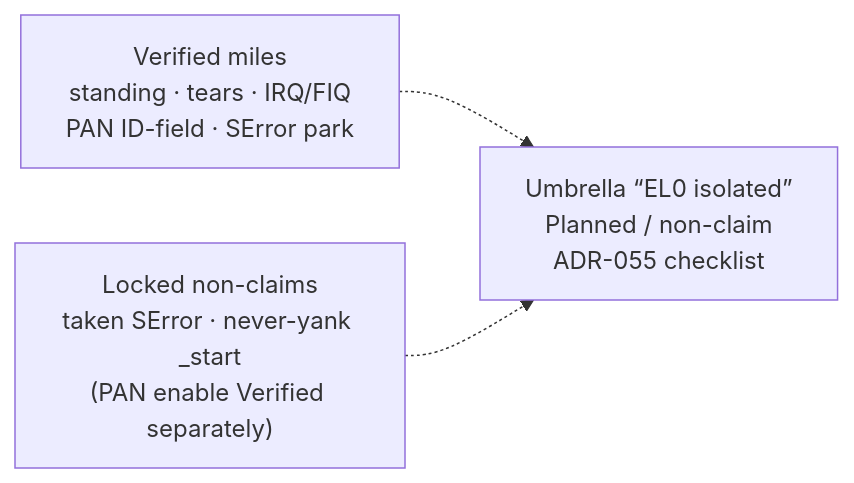
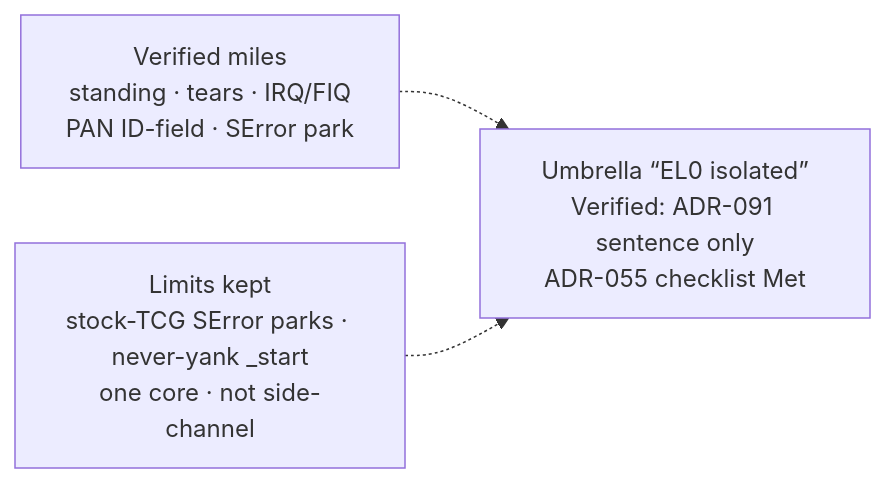
Before and after one commit to artofdream/ctos: the second of 2 diagrams in docs/framework/el0.md, drawn with Mermaid. The commit also changed other lines of this file and 39 other files, not shown here.

First line of the commit message:
﻿docs: M6 "EL0 isolated" flip - ADR-091 Accepted (B3 met), threat model v1.70

````diff
--- a/docs/framework/el0.md
+++ b/docs/framework/el0.md
@@ -18,8 +18,8 @@
 ```mermaid
 flowchart LR
   M["Verified miles<br/>standing · tears · IRQ/FIQ<br/>PAN ID-field · SError park"]
-  L["Locked non-claims<br/>taken SError · never-yank _start<br/>(PAN enable Verified separately)"]
-  U["Umbrella “EL0 isolated”<br/>Planned / non-claim<br/>ADR-055 checklist"]
+  L["Limits kept<br/>stock-TCG SError parks · never-yank _start<br/>one core · not side-channel"]
+  U["Umbrella “EL0 isolated”<br/>Verified: ADR-091 sentence only<br/>ADR-055 checklist Met"]
   M -.-> U
   L -.-> U
 ```
````
